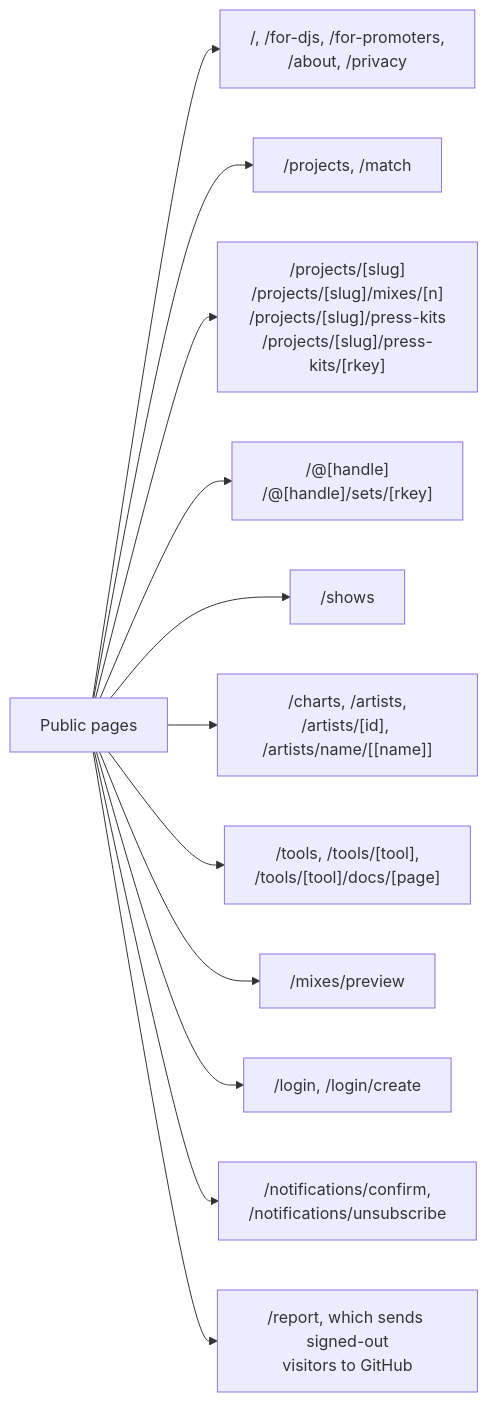
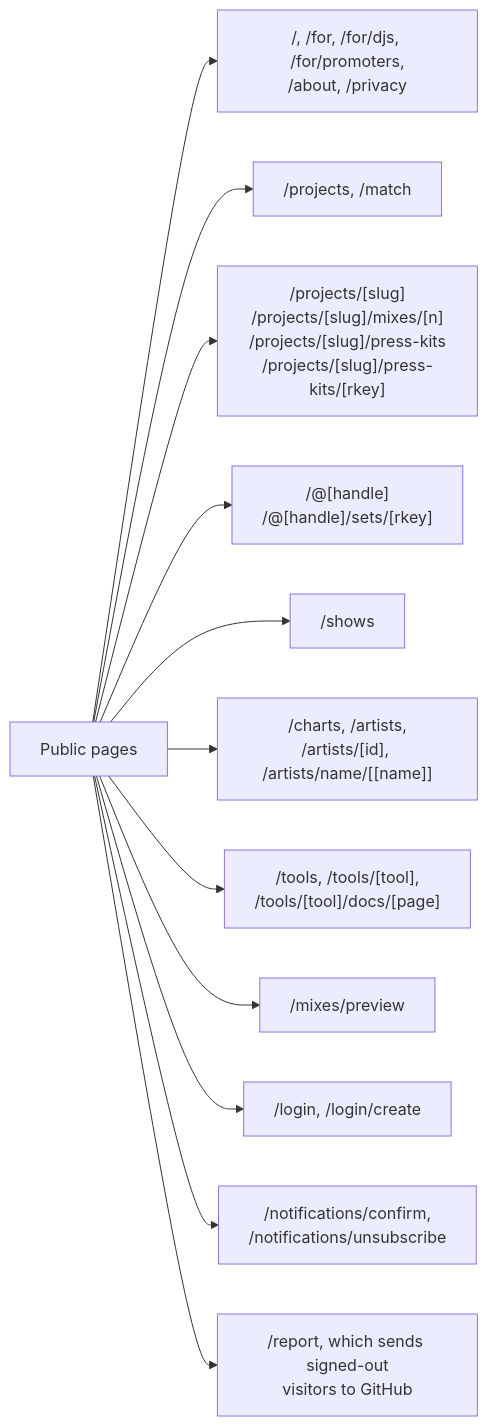
Before and after one commit to cutenode/localnetwork: the seventh of 11 diagrams in apps/web/docs/diagrams/requests-and-routes.md, drawn with Mermaid. The commit also changed other lines of this file and 40 other files, not shown here.

````diff
--- a/apps/web/docs/diagrams/requests-and-routes.md
+++ b/apps/web/docs/diagrams/requests-and-routes.md
@@ -155,15 +155,15 @@
 ```mermaid
 flowchart LR
   Public["Public pages"]
-  Public --> Home["/, /for-djs, /for-promoters,<br/>/about, /privacy"]
+  Public --> Home["/, /for, /for/djs, /for/promoters,<br/>/about, /privacy"]
   Public --> Find["/projects, /match"]
   Public --> Performer["/projects/[slug]<br/>/projects/[slug]/mixes/[n]<br/>/projects/[slug]/press-kits<br/>/projects/[slug]/press-kits/[rkey]"]
   Public --> Profile["/@[handle]<br/>/@[handle]/sets/[rkey]"]
   Public --> Shows["/shows"]
   Public --> Music["/charts, /artists,<br/>/artists/[id], /artists/name/[[name]]"]
   Public --> Tools["/tools, /tools/[tool],<br/>/tools/[tool]/docs/[page]"]
   Public --> Preview["/mixes/preview"]
   Public --> Signin["/login, /login/create"]
   Public --> Mail["/notifications/confirm,<br/>/notifications/unsubscribe"]
   Public --> Report["/report, which sends signed-out<br/>visitors to GitHub"]
 ```
````
